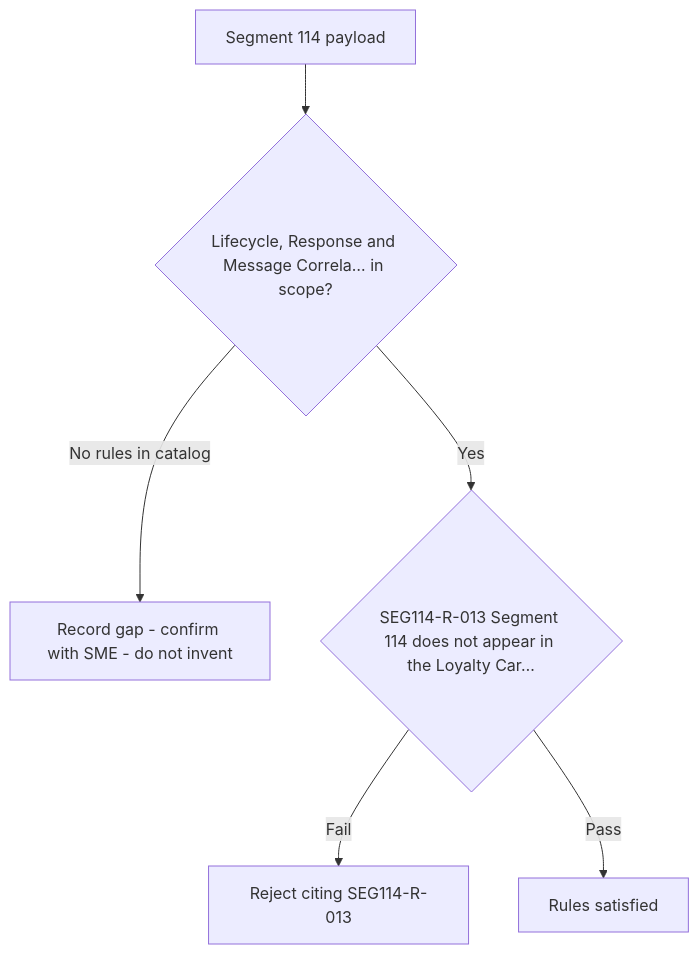
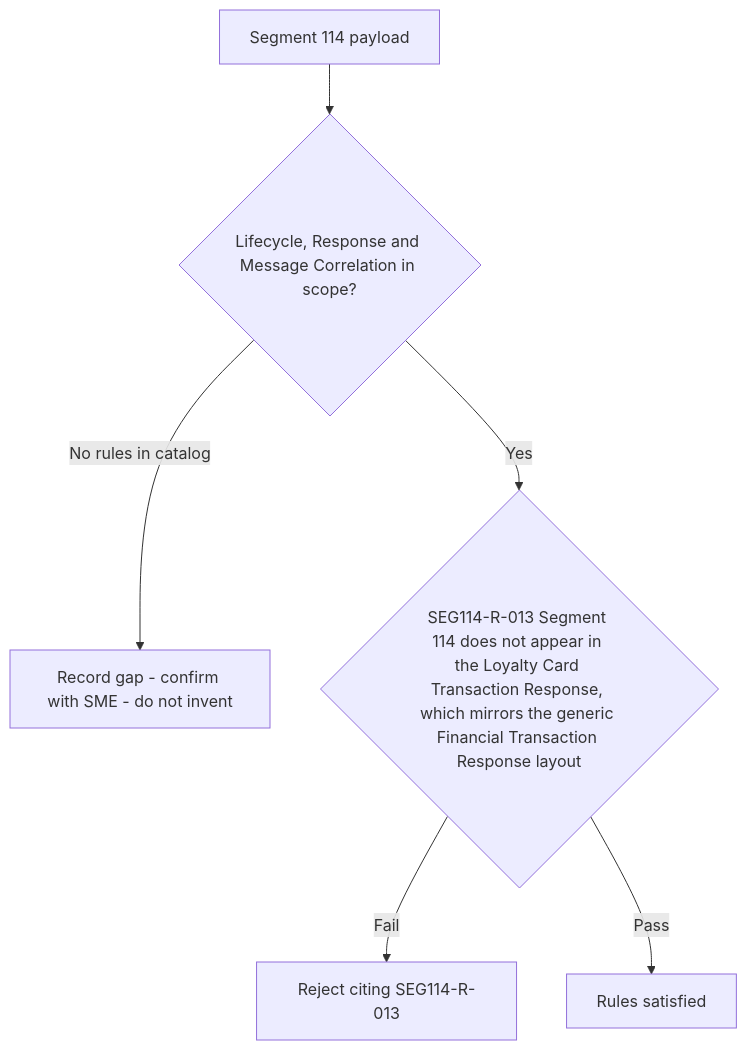
Before and after one commit to DhanSingh-hub/core-auth-ai-validation-framework: the diagram in regression-artifact-validator/specifications/ATL105/docs/specs/kb/segment-114/lifecycle-response-correlation-flow.md, drawn with Mermaid. The commit also changed 150 other files, not shown here.

````diff
--- a/regression-artifact-validator/specifications/ATL105/docs/specs/kb/segment-114/lifecycle-response-correlation-flow.md
+++ b/regression-artifact-validator/specifications/ATL105/docs/specs/kb/segment-114/lifecycle-response-correlation-flow.md
@@ -3,8 +3,8 @@
 ```mermaid
 flowchart TD
-    A[Segment 114 payload] --> B{Lifecycle, Response and Message Correla… in scope?}
+    A[Segment 114 payload] --> B{Lifecycle, Response and Message Correlation in scope?}
     B -->|No rules in catalog| G[Record gap - confirm with SME - do not invent]
-    B -->|Yes| R1{SEG114-R-013 Segment 114 does not appear in the Loyalty Car…}
+    B -->|Yes| R1{SEG114-R-013 Segment 114 does not appear in the Loyalty Card Transaction Response, which mirrors the generic Financial Transaction Response layout}
     R1 -->|Fail| X1[Reject citing SEG114-R-013]
     R1 -->|Pass| Z[Rules satisfied]
 ```
````
